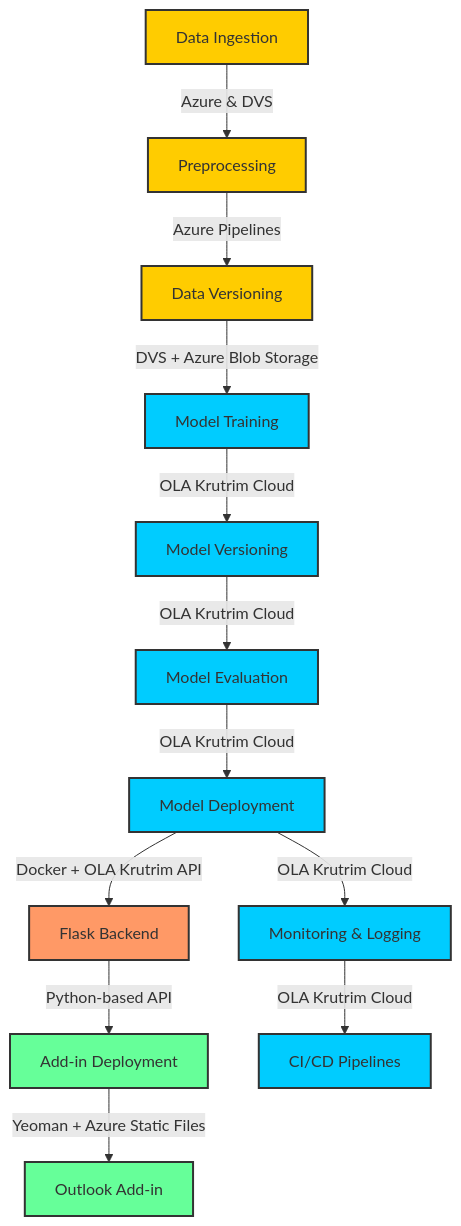
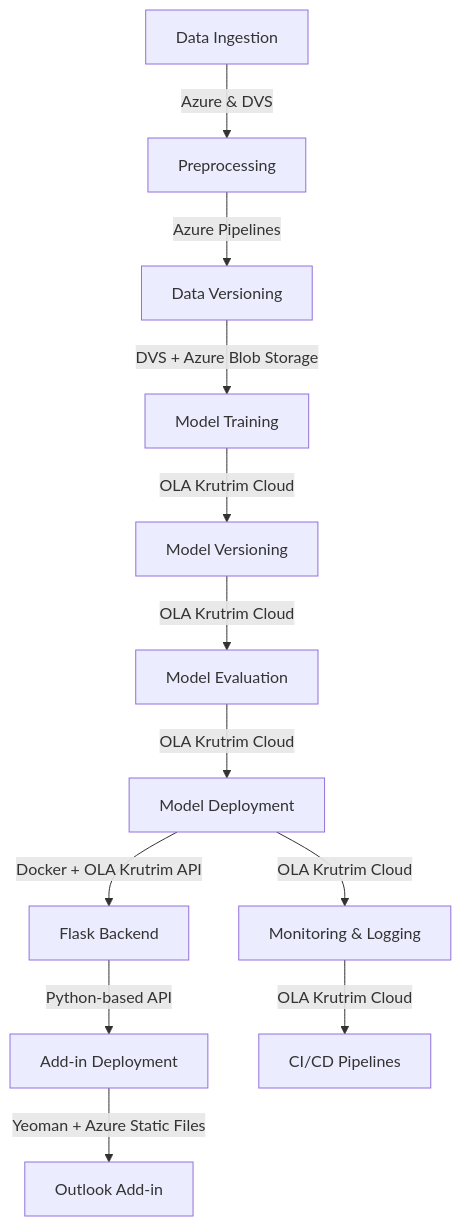
One commit to astro215/Auto-Processing-of-Emails changed the diagram in README.md. Above: the diagram before and after it, drawn with Mermaid.

````diff
--- a/README.md
+++ b/README.md
@@ -7,31 +7,19 @@
 ```mermaid
 
 graph TD
     A[Data Ingestion] -->|Azure & DVS| B[Preprocessing]
     B -->|Azure Pipelines| C[Data Versioning]
     C -->|DVS + Azure Blob Storage| D[Model Training]
     D -->|OLA Krutrim Cloud| E[Model Versioning]
     E -->|OLA Krutrim Cloud| F[Model Evaluation]
     F -->|OLA Krutrim Cloud| G[Model Deployment]
     G -->|Docker + OLA Krutrim API| H[Flask Backend]
     H -->|Python-based API| I[Add-in Deployment]
     I -->|Yeoman + Azure Static Files| J[Outlook Add-in]
     G -->|OLA Krutrim Cloud| K[Monitoring & Logging]
     K -->|OLA Krutrim Cloud| L[CI/CD Pipelines]
 
-    style A fill:#ffcc00,stroke:#333,stroke-width:2px;
-    style B fill:#ffcc00,stroke:#333,stroke-width:2px;
-    style C fill:#ffcc00,stroke:#333,stroke-width:2px;
-    style D fill:#00ccff,stroke:#333,stroke-width:2px;
-    style E fill:#00ccff,stroke:#333,stroke-width:2px;
-    style F fill:#00ccff,stroke:#333,stroke-width:2px;
-    style G fill:#00ccff,stroke:#333,stroke-width:2px;
-    style H fill:#ff9966,stroke:#333,stroke-width:2px;
-    style I fill:#66ff99,stroke:#333,stroke-width:2px;
-    style J fill:#66ff99,stroke:#333,stroke-width:2px;
-    style K fill:#00ccff,stroke:#333,stroke-width:2px;
-    style L fill:#00ccff,stroke:#333,stroke-width:2px;
 
 
 
 ```
````
